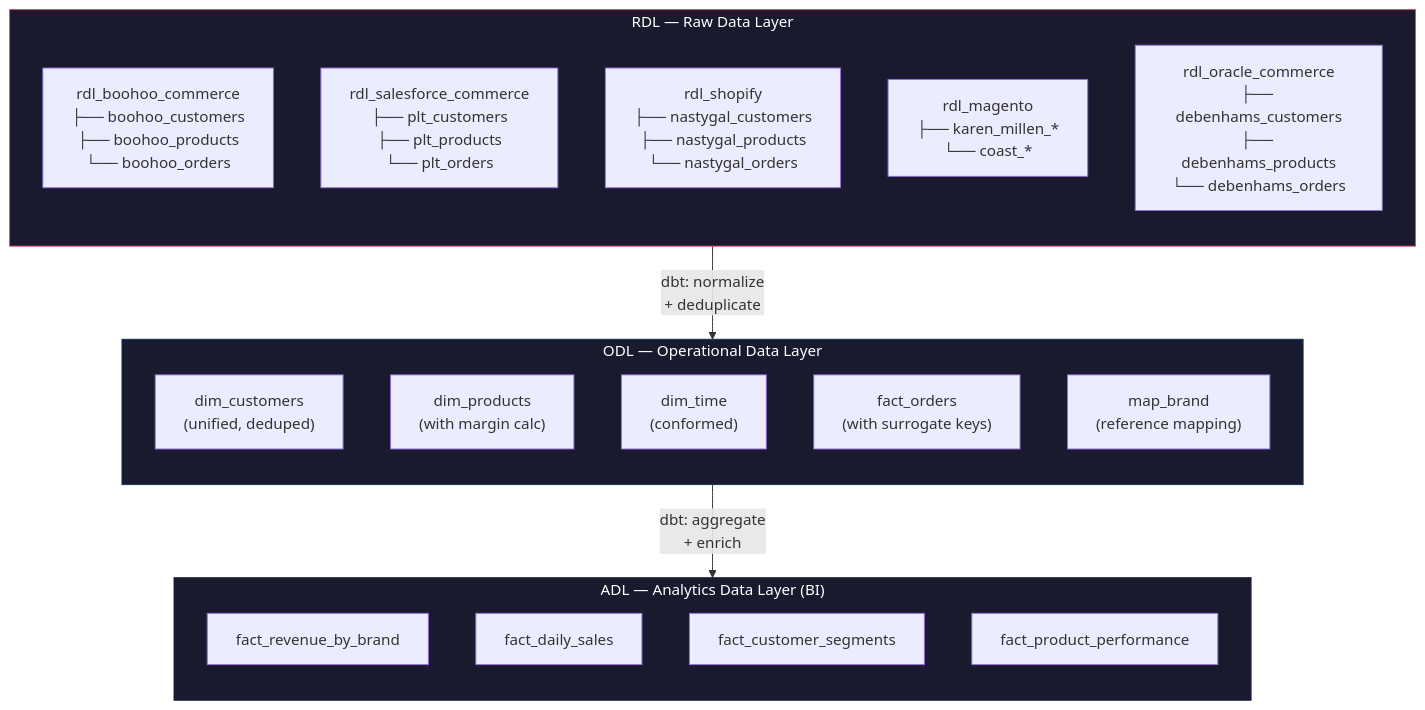
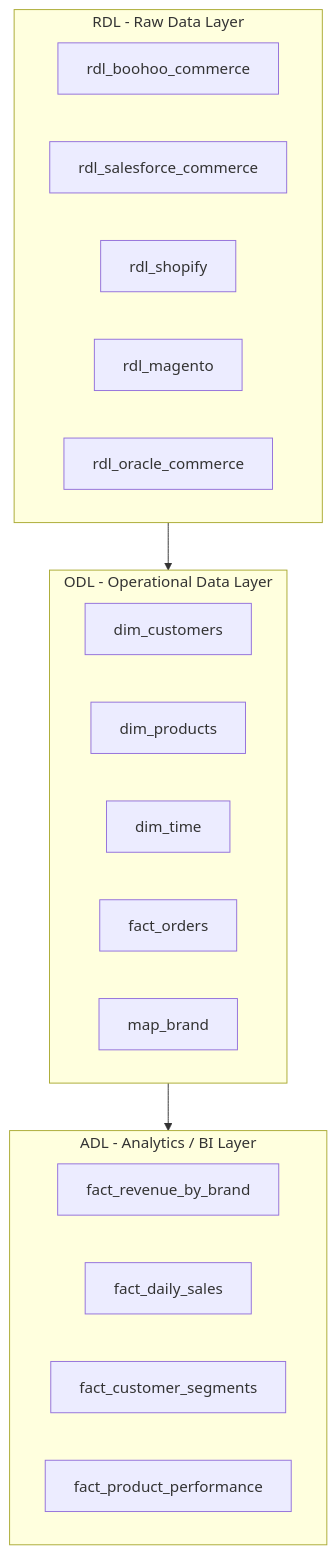
Before and after one commit to TimiOlayinka/boohoo-data-pipeline: the fourth of 4 diagrams in README.md, drawn with Mermaid. The commit also changed other lines of this file, not shown here.

Commit message:
docs: fix Mermaid diagrams for GitHub rendering

````diff
--- a/README.md
+++ b/README.md
@@ -189,35 +166,28 @@
 ```mermaid
 flowchart TB
-    subgraph RDL["RDL — Raw Data Layer"]
-        direction TB
-        R1["rdl_boohoo_commerce\n├── boohoo_customers\n├── boohoo_products\n└── boohoo_orders"]
-        R2["rdl_salesforce_commerce\n├── plt_customers\n├── plt_products\n└── plt_orders"]
-        R3["rdl_shopify\n├── nastygal_customers\n├── nastygal_products\n└── nastygal_orders"]
-        R4["rdl_magento\n├── karen_millen_*\n└── coast_*"]
-        R5["rdl_oracle_commerce\n├── debenhams_customers\n├── debenhams_products\n└── debenhams_orders"]
+    subgraph RDL["RDL - Raw Data Layer"]
+        R1[rdl_boohoo_commerce]
+        R2[rdl_salesforce_commerce]
+        R3[rdl_shopify]
+        R4[rdl_magento]
+        R5[rdl_oracle_commerce]
     end
 
-    subgraph ODL["ODL — Operational Data Layer"]
-        direction TB
-        D1["dim_customers\n(unified, deduped)"]
-        D2["dim_products\n(with margin calc)"]
-        D3["dim_time\n(conformed)"]
-        F1["fact_orders\n(with surrogate keys)"]
-        M1["map_brand\n(reference mapping)"]
+    subgraph ODL["ODL - Operational Data Layer"]
+        D1[dim_customers]
+        D2[dim_products]
+        D3[dim_time]
+        F1[fact_orders]
+        M1[map_brand]
     end
 
-    subgraph ADL["ADL — Analytics Data Layer (BI)"]
-        direction TB
-        B1["fact_revenue_by_brand"]
-        B2["fact_daily_sales"]
-        B3["fact_customer_segments"]
-        B4["fact_product_performance"]
+    subgraph ADL["ADL - Analytics / BI Layer"]
+        B1[fact_revenue_by_brand]
+        B2[fact_daily_sales]
+        B3[fact_customer_segments]
+        B4[fact_product_performance]
     end
 
-    RDL -->|"dbt: normalize\n+ deduplicate"| ODL
-    ODL -->|"dbt: aggregate\n+ enrich"| ADL
-
-    style RDL fill:#1a1a2e,stroke:#e94560,color:#fff
-    style ODL fill:#1a1a2e,stroke:#0f3460,color:#fff
-    style ADL fill:#1a1a2e,stroke:#16213e,color:#fff
+    RDL --> ODL
+    ODL --> ADL
 ```
````
